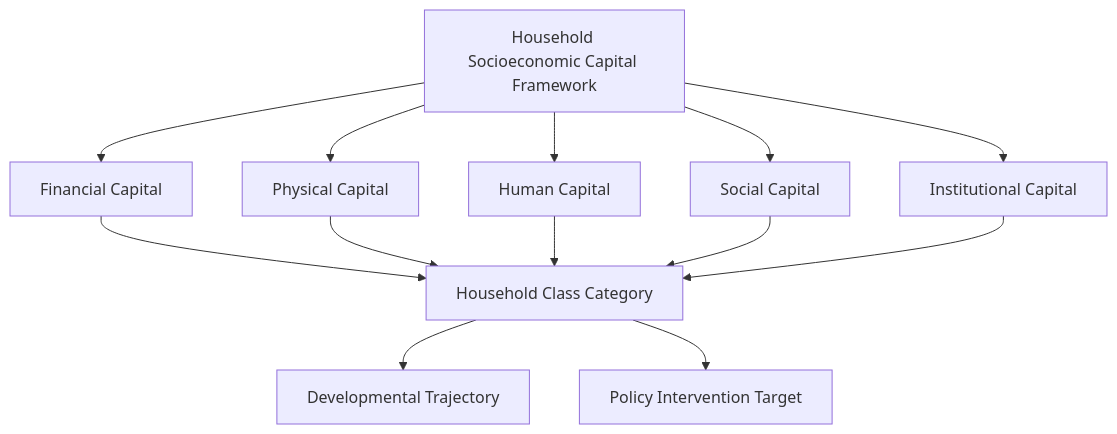
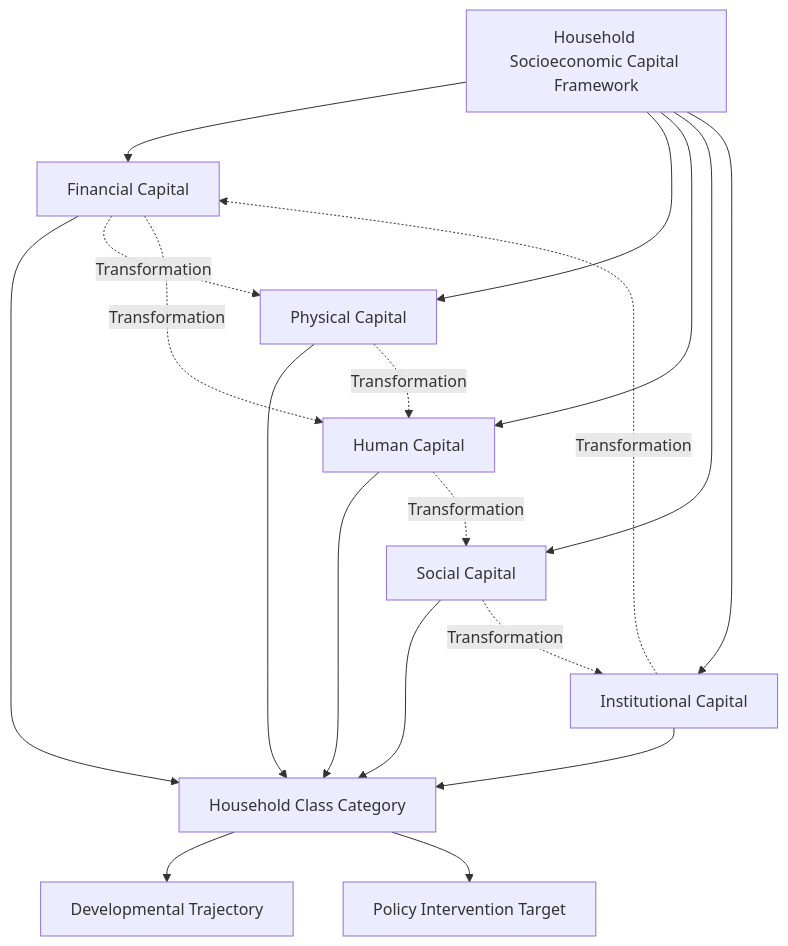
Before and after one commit to coolmotu-coder/community-capital-development: the diagram in docs/volume-02/chapters/16-household-socioeconomic-capital-framework.md, drawn with Mermaid. The commit also changed other lines of this file and 14 other files, not shown here.

````diff
--- a/docs/volume-02/chapters/16-household-socioeconomic-capital-framework.md
+++ b/docs/volume-02/chapters/16-household-socioeconomic-capital-framework.md
@@ -43,15 +146,21 @@
 ```mermaid
 graph TD
     A[Household Socioeconomic Capital Framework] --> B[Financial Capital]
     A --> C[Physical Capital]
     A --> D[Human Capital]
     A --> E[Social Capital]
     A --> F[Institutional Capital]
     B --> G[Household Class Category]
     C --> G
     D --> G
     E --> G
     F --> G
     G --> H[Developmental Trajectory]
     G --> I[Policy Intervention Target]
+    B -.->|Transformation| C
+    B -.->|Transformation| D
+    C -.->|Transformation| D
+    D -.->|Transformation| E
+    E -.->|Transformation| F
+    F -.->|Transformation| B
 ```
````
